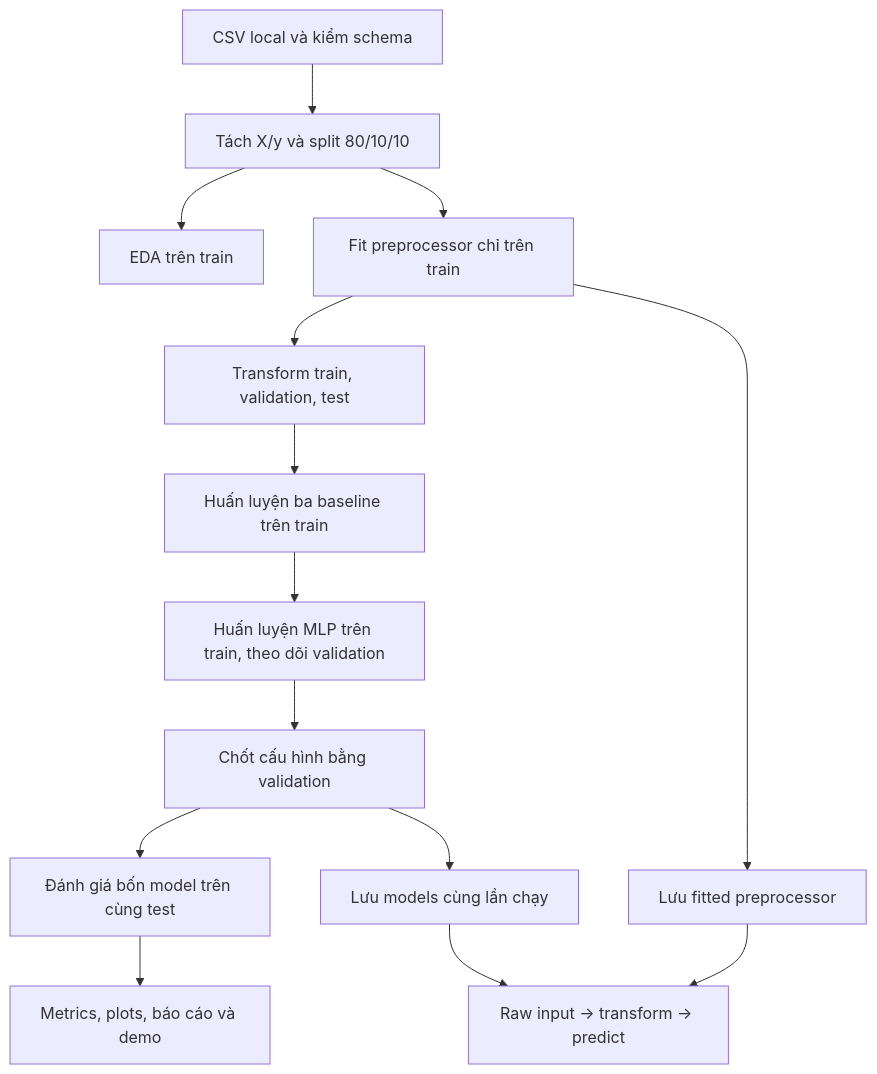
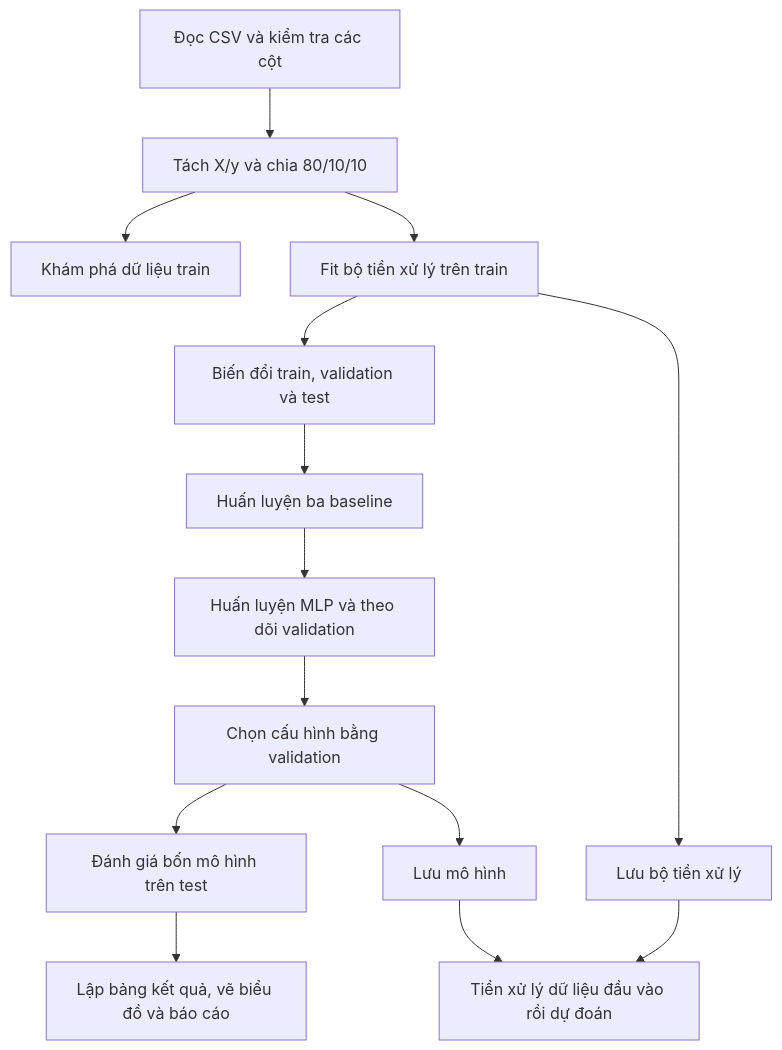
Before and after one commit to iamtien77/Lab_4-Predicting-House-Prices-: the diagram in docs/design.md, drawn with Mermaid. The commit also changed other lines of this file and 2 other files, not shown here.

Commit message:
docs: tinh chỉnh và chuẩn hóa tài liệu thiết kế và hướng dẫn dự án

````diff
--- a/docs/design.md
+++ b/docs/design.md
@@ -178,16 +177,16 @@
 ```mermaid
 flowchart TD
-    A[CSV local và kiểm schema] --> B[Tách X/y và split 80/10/10]
-    B --> C[EDA trên train]
-    B --> D[Fit preprocessor chỉ trên train]
-    D --> E[Transform train, validation, test]
-    E --> F[Huấn luyện ba baseline trên train]
-    F --> G[Huấn luyện MLP trên train, theo dõi validation]
-    G --> H[Chốt cấu hình bằng validation]
-    H --> I[Đánh giá bốn model trên cùng test]
-    I --> J[Metrics, plots, báo cáo và demo]
-    D --> K[Lưu fitted preprocessor]
-    H --> L[Lưu models cùng lần chạy]
-    K --> M[Raw input → transform → predict]
+    A[Đọc CSV và kiểm tra các cột] --> B[Tách X/y và chia 80/10/10]
+    B --> C[Khám phá dữ liệu train]
+    B --> D[Fit bộ tiền xử lý trên train]
+    D --> E[Biến đổi train, validation và test]
+    E --> F[Huấn luyện ba baseline]
+    F --> G[Huấn luyện MLP và theo dõi validation]
+    G --> H[Chọn cấu hình bằng validation]
+    H --> I[Đánh giá bốn mô hình trên test]
+    I --> J[Lập bảng kết quả, vẽ biểu đồ và báo cáo]
+    D --> K[Lưu bộ tiền xử lý]
+    H --> L[Lưu mô hình]
+    K --> M[Tiền xử lý dữ liệu đầu vào rồi dự đoán]
     L --> M
 ```
````
